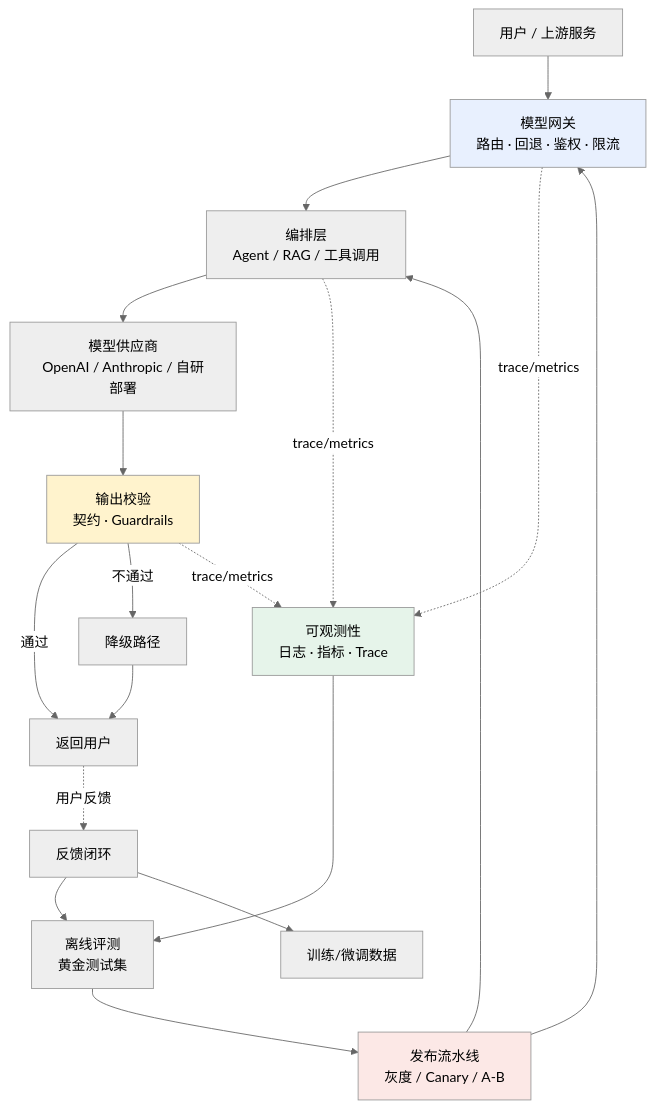
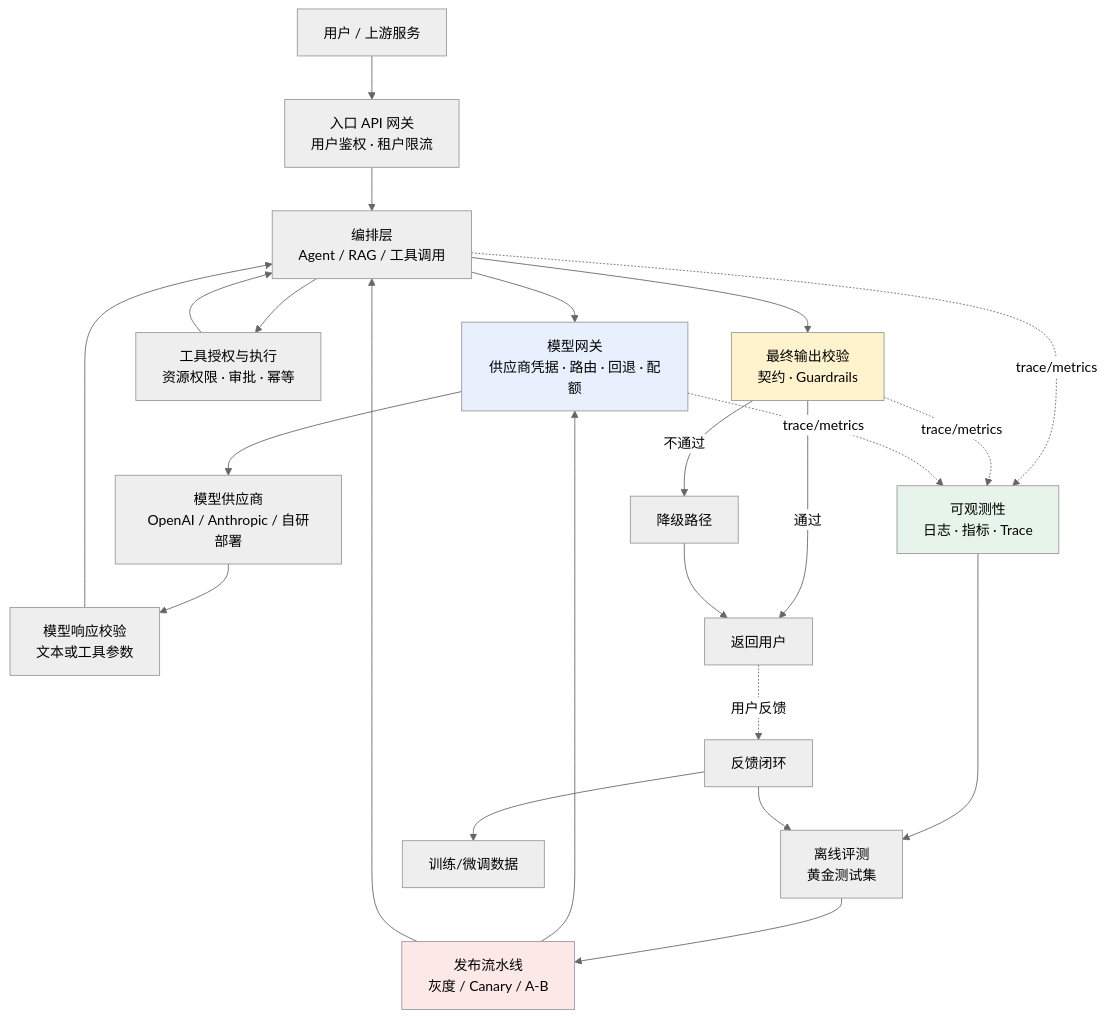
One commit to oneleaveknowsthefall/awesome-ai-roadmap changed the first of 2 diagrams in docs/engineering/01-foundations/02-production-architecture-overview.md. Above: the diagram before and after it, drawn with Mermaid (neutral theme). The commit also changed other lines of this file and 27 other files, not shown here.

````diff
--- a/docs/engineering/01-foundations/02-production-architecture-overview.md
+++ b/docs/engineering/01-foundations/02-production-architecture-overview.md
@@ -11,28 +11,33 @@
 ```mermaid
 flowchart TB
-    U["用户 / 上游服务"] --> GW["模型网关<br/>路由 · 回退 · 鉴权 · 限流"]
-    GW --> ORCH["编排层<br/>Agent / RAG / 工具调用"]
-    ORCH --> PROVIDER["模型供应商<br/>OpenAI / Anthropic / 自研部署"]
-    PROVIDER --> VALIDATE["输出校验<br/>契约 · Guardrails"]
+    U["用户 / 上游服务"] --> ENTRY["入口 API 网关<br/>用户鉴权 · 租户限流"]
+    ENTRY --> ORCH["编排层<br/>Agent / RAG / 工具调用"]
+    ORCH --> GW["模型网关<br/>供应商凭据 · 路由 · 回退 · 配额"]
+    GW --> PROVIDER["模型供应商<br/>OpenAI / Anthropic / 自研部署"]
+    PROVIDER --> RESULT["模型响应校验<br/>文本或工具参数"]
+    RESULT --> ORCH
+    ORCH --> TOOL["工具授权与执行<br/>资源权限 · 审批 · 幂等"]
+    TOOL --> ORCH
+    ORCH --> VALIDATE["最终输出校验<br/>契约 · Guardrails"]
     VALIDATE -->|通过| RESP["返回用户"]
     VALIDATE -->|不通过| DEGRADE["降级路径"]
     DEGRADE --> RESP
 
     ORCH -.trace/metrics.-> OBS["可观测性<br/>日志 · 指标 · Trace"]
     VALIDATE -.trace/metrics.-> OBS
     GW -.trace/metrics.-> OBS
 
     OBS --> EVAL["离线评测<br/>黄金测试集"]
     EVAL --> CICD["发布流水线<br/>灰度 / Canary / A-B"]
     CICD --> GW
     CICD --> ORCH
 
     RESP -.用户反馈.-> FEEDBACK["反馈闭环"]
     FEEDBACK --> EVAL
     FEEDBACK --> DATA["训练/微调数据"]
 
     style GW fill:#e8f0fe
     style VALIDATE fill:#fff3cd
     style OBS fill:#e6f4ea
     style CICD fill:#fce8e6
 ```
````
